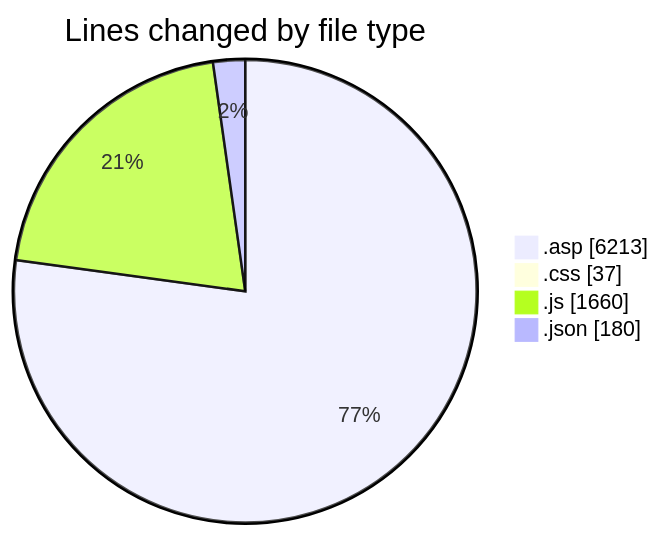
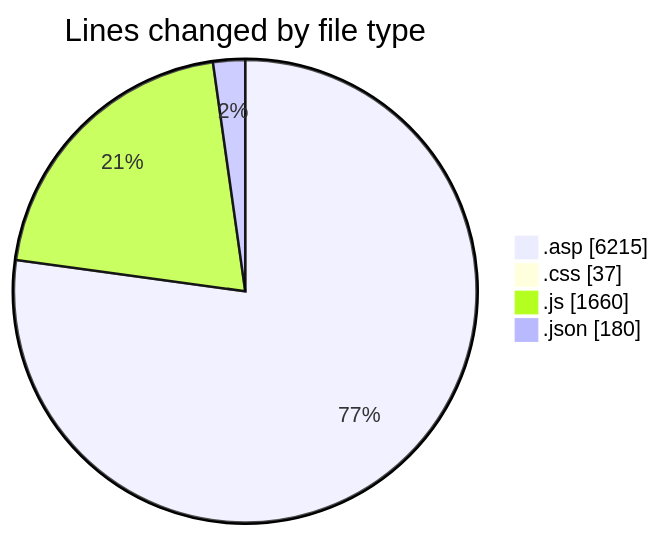
One commit to julien-gomy/code-tracking changed the first of 2 diagrams in 2025-11-02/cdp_aleoudev_fr__workspace_/README.md. Above: the diagram before and after it, drawn with Mermaid. The commit also changed other lines of this file and 1 other file, not shown here.

````diff
--- a/2025-11-02/cdp_aleoudev_fr__workspace_/README.md
+++ b/2025-11-02/cdp_aleoudev_fr__workspace_/README.md
@@ -27,8 +27,8 @@
 ```mermaid
 pie showData
 title Lines changed by file type
-".asp" : 6213
+".asp" : 6215
 ".css" : 37
 ".js" : 1660
 ".json" : 180
 ```
````
